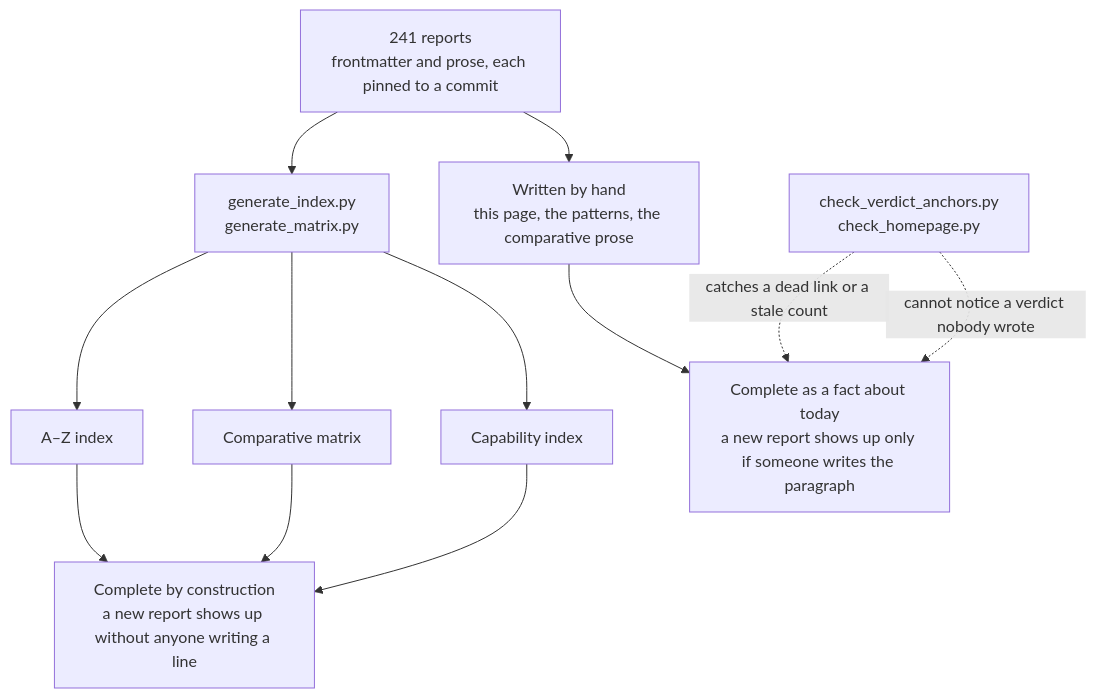
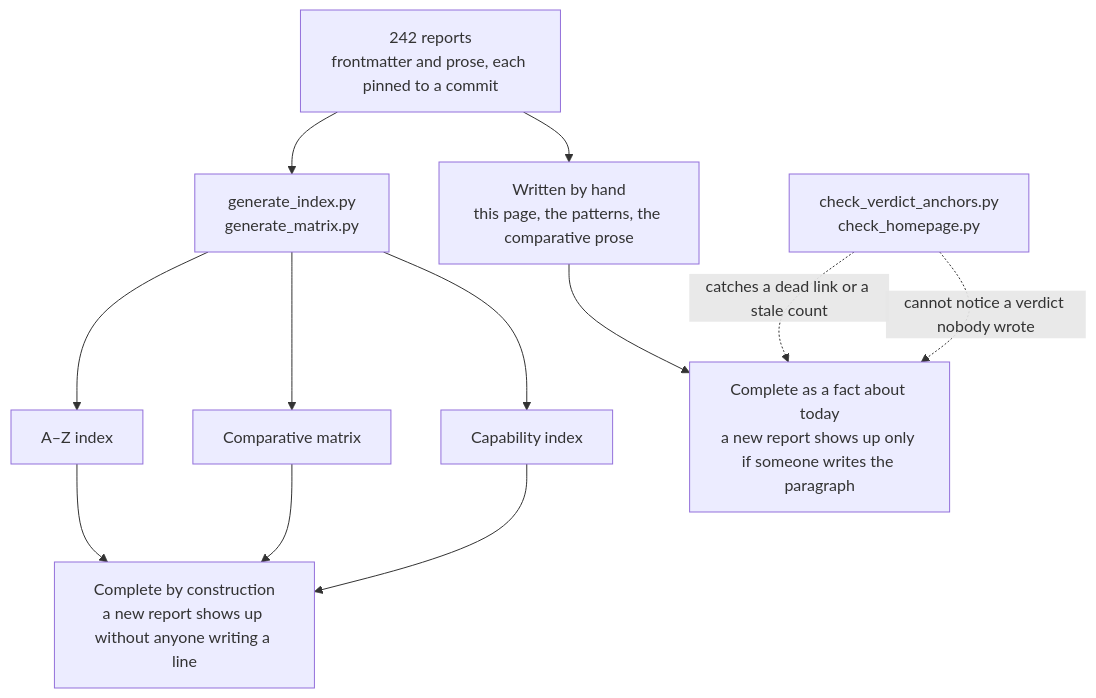
One commit to neoneye/agent-memory-atlas changed the diagram in content/verdicts.md. Above: the diagram before and after it, drawn with Mermaid. The commit also changed other lines of this file and 21 other files, not shown here.

````diff
--- a/content/verdicts.md
+++ b/content/verdicts.md
@@ -40,15 +40,15 @@
 ```mermaid
 flowchart TD
-    R["241 reports<br/>frontmatter and prose, each pinned to a commit"]
+    R["242 reports<br/>frontmatter and prose, each pinned to a commit"]
     R --> GEN["generate_index.py<br/>generate_matrix.py"]
     R --> HAND["Written by hand<br/>this page, the patterns, the comparative prose"]
     GEN --> AZ["A–Z index"]
     GEN --> MX["Comparative matrix"]
     GEN --> CI["Capability index"]
     AZ --> CONST["Complete by construction<br/>a new report shows up without anyone writing a line"]
     MX --> CONST
     CI --> CONST
     HAND --> TODAY["Complete as a fact about today<br/>a new report shows up only if someone writes the paragraph"]
     CHK["check_verdict_anchors.py<br/>check_homepage.py"] -.->|"catches a dead link or a stale count"| TODAY
     CHK -.->|"cannot notice a verdict nobody wrote"| TODAY
 ```
````
